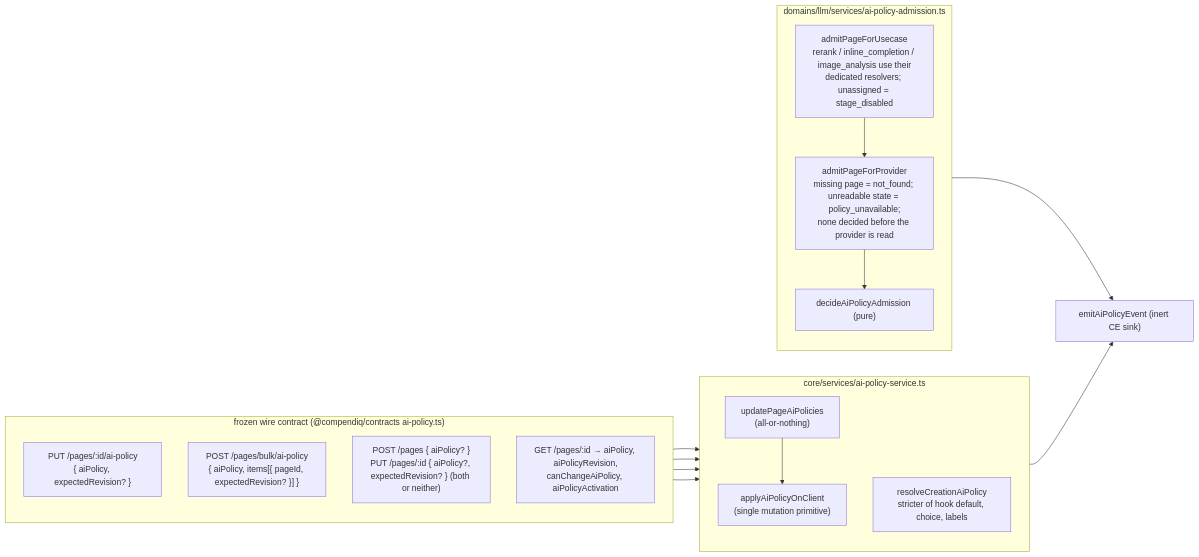
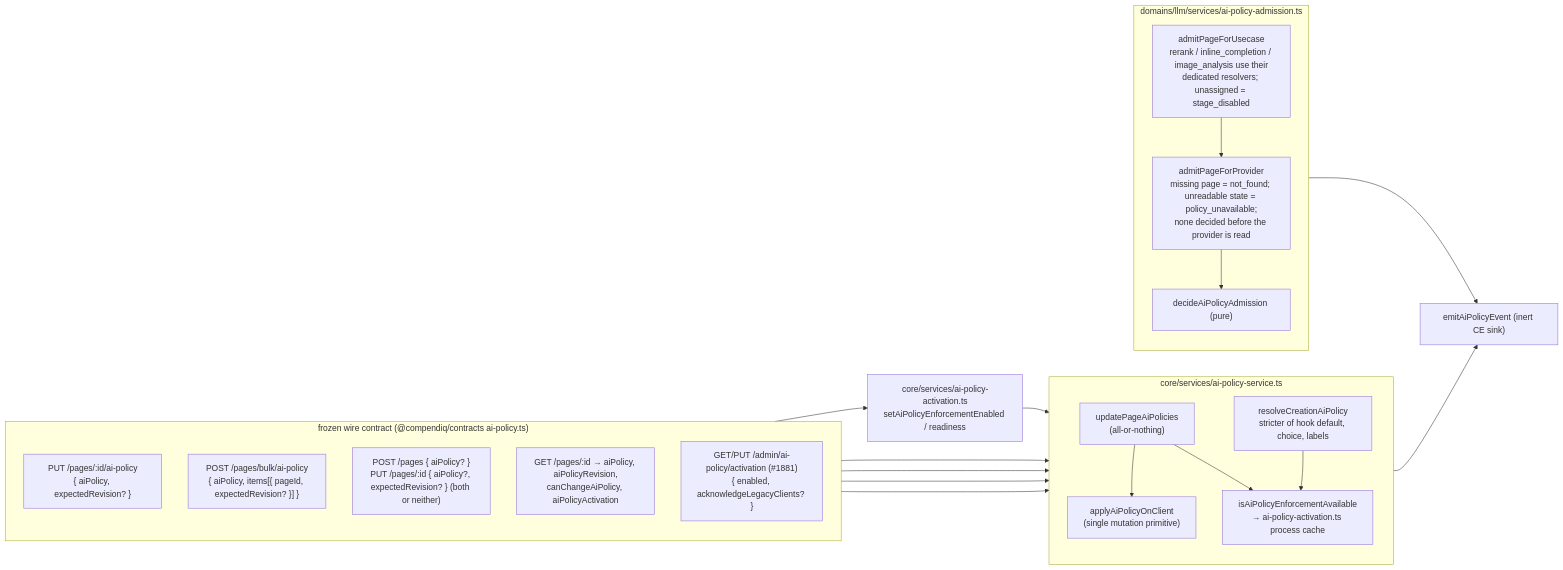
One commit to Compendiq/compendiq-ce changed the second of 10 diagrams in docs/architecture/03-backend-domains.md. Above: the diagram before and after it, drawn with Mermaid. The commit also changed other lines of this file and 70 other files, not shown here.

First line of the commit message:
feat(ai-policy): CE-owned article AI policy enforcement switch (#1881)

````diff
--- a/docs/architecture/03-backend-domains.md
+++ b/docs/architecture/03-backend-domains.md
@@ -193,30 +193,36 @@
 ```mermaid
 flowchart LR
     subgraph wire["frozen wire contract (@compendiq/contracts ai-policy.ts)"]
         direction TB
         putOne["PUT /pages/:id/ai-policy<br/>{ aiPolicy, expectedRevision? }"]
         putBulk["POST /pages/bulk/ai-policy<br/>{ aiPolicy, items[{ pageId, expectedRevision? }] }"]
         crud["POST /pages { aiPolicy? }<br/>PUT /pages/:id { aiPolicy?, expectedRevision? } (both or neither)"]
         detail["GET /pages/:id → aiPolicy, aiPolicyRevision,<br/>canChangeAiPolicy, aiPolicyActivation"]
+        activation["GET/PUT /admin/ai-policy/activation (#1881)<br/>{ enabled, acknowledgeLegacyClients? }"]
     end
     subgraph svc["core/services/ai-policy-service.ts"]
         direction TB
         upd["updatePageAiPolicies<br/>(all-or-nothing)"]
         prim["applyAiPolicyOnClient<br/>(single mutation primitive)"]
         creation["resolveCreationAiPolicy<br/>stricter of hook default, choice, labels"]
+        avail["isAiPolicyEnforcementAvailable<br/>→ ai-policy-activation.ts process cache"]
     end
     subgraph adm["domains/llm/services/ai-policy-admission.ts"]
         direction TB
         byUsecase["admitPageForUsecase<br/>rerank / inline_completion / image_analysis use their<br/>dedicated resolvers; unassigned = stage_disabled"]
         byProvider["admitPageForProvider<br/>missing page = not_found; unreadable state = policy_unavailable;<br/>none decided before the provider is read"]
         decide["decideAiPolicyAdmission (pure)"]
     end
     putOne --> upd
     putBulk --> upd
     crud --> prim
     upd --> prim
     crud --> creation
     byUsecase --> byProvider --> decide
     prim --> events["emitAiPolicyEvent (inert CE sink)"]
     byProvider --> events
+    activation --> switch["core/services/ai-policy-activation.ts<br/>setAiPolicyEnforcementEnabled / readiness"]
+    switch --> avail
+    upd --> avail
+    creation --> avail
 ```
````
